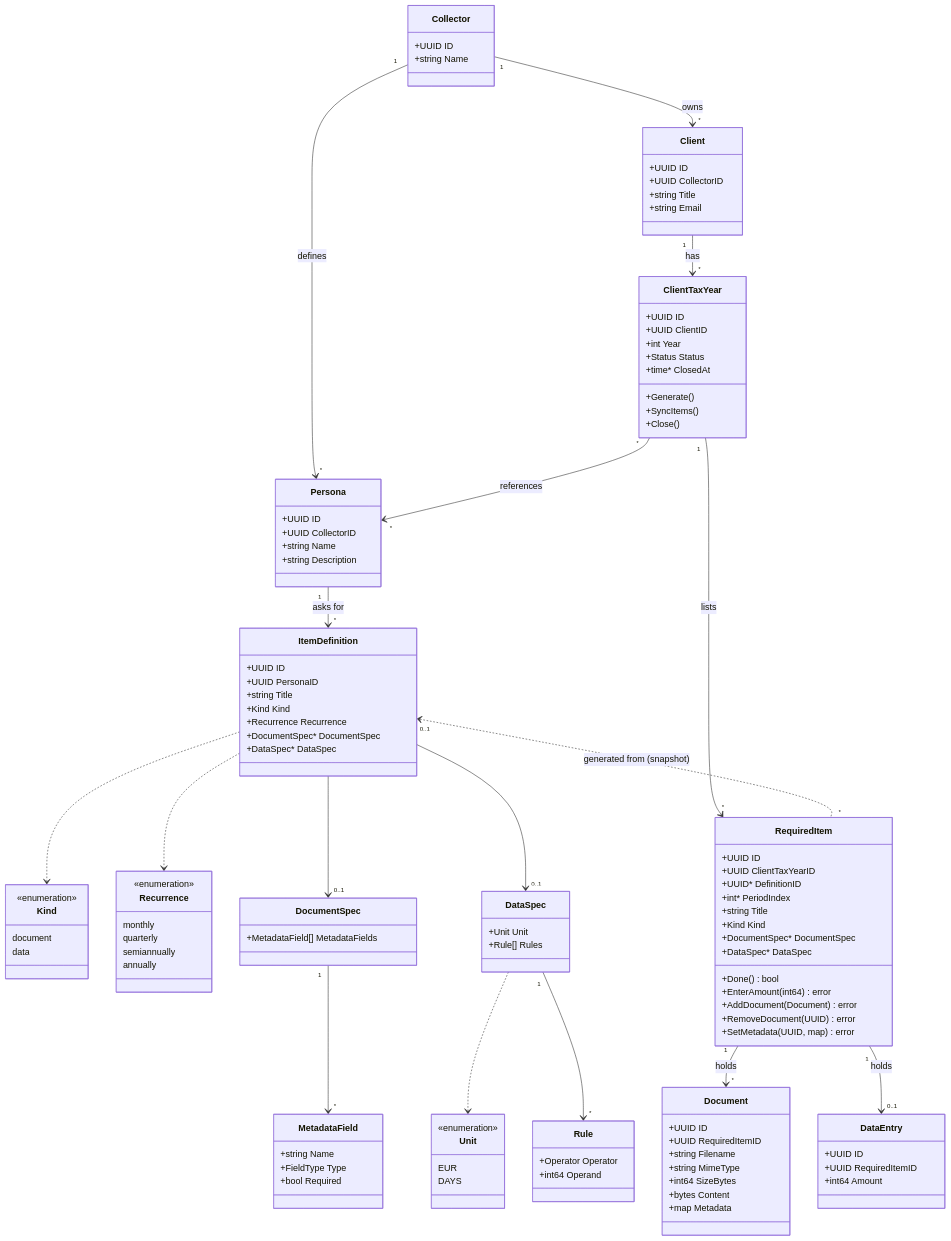
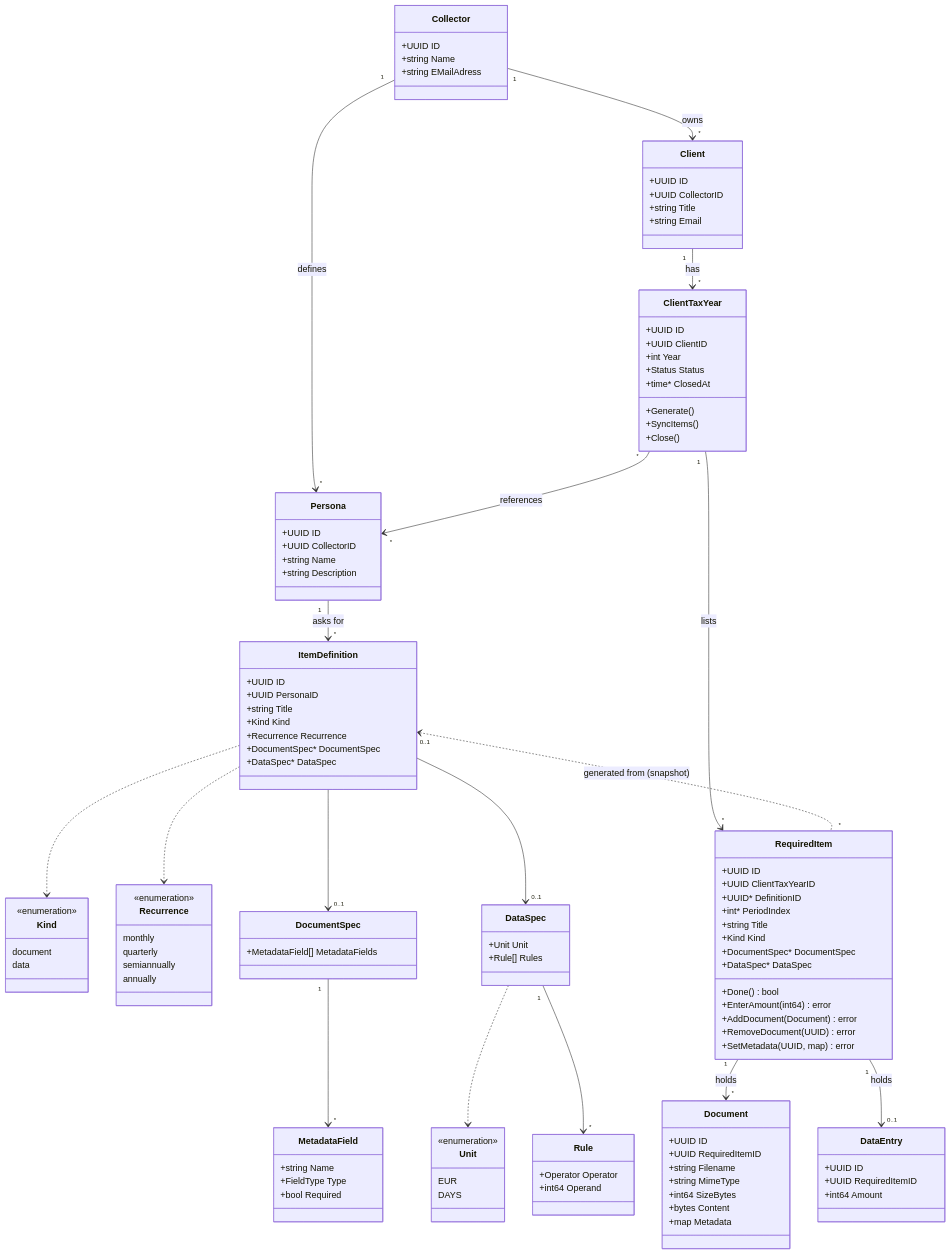
One commit to TimoSto/tax-return-organizer changed the diagram in README.md. Above: the diagram before and after it, drawn with Mermaid. The commit also changed other lines of this file and 20 other files, not shown here.

```diff
--- a/README.md
+++ b/README.md
@@ -72,6 +81,7 @@
     class Collector {
         +UUID ID
         +string Name
+        +string EMailAdress
     }
 
     class Client {
```
